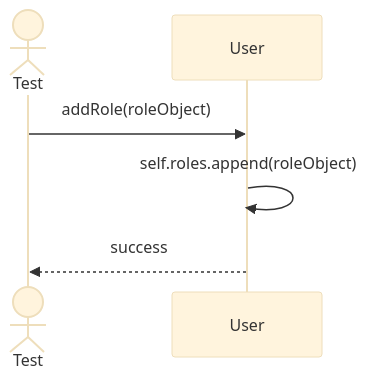
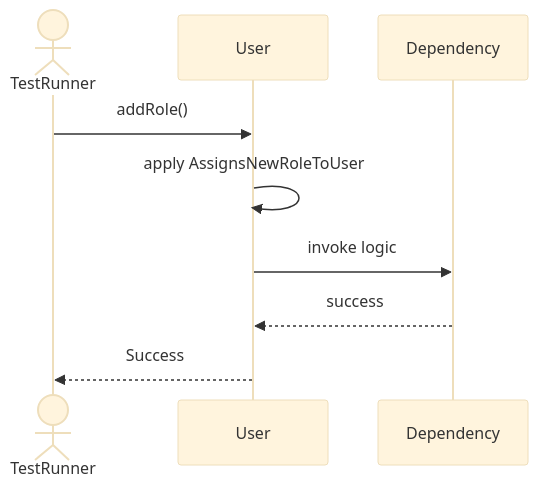
Before and after one commit to TamBui1706/DBMS: the second of 7 diagrams in Sequences/SecurityAccessControl/User.md, drawn with Mermaid (base theme). The commit also changed other lines of this file and 63 other files, not shown here.

Commit message:
Draw sequence diagram for unit tests

````diff
--- a/Sequences/SecurityAccessControl/User.md
+++ b/Sequences/SecurityAccessControl/User.md
@@ -27,9 +34,10 @@
 ```mermaid
 sequenceDiagram
-    actor Test
+    actor TestRunner
     participant User
-
-    Test->>User: addRole(roleObject)
-    User->>User: self.roles.append(roleObject)
-    User-->>Test: success
+    TestRunner->>User: addRole()
+    User->>User: apply AssignsNewRoleToUser
+    User->>Dependency: invoke logic
+    Dependency-->>User: success
+    User-->>TestRunner: Success
 ```
````
